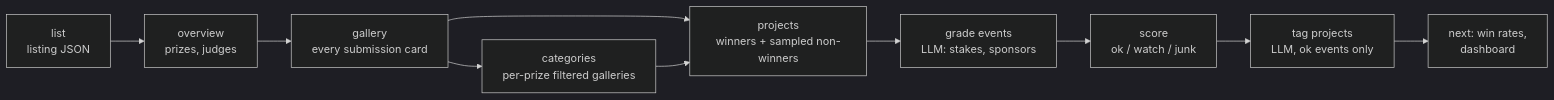
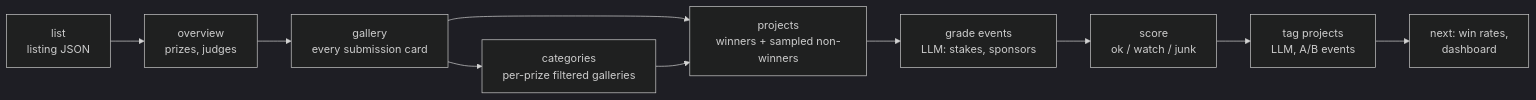
One commit to m-azzam-azis/hackathon-index changed the diagram in README.md. Above: the diagram before and after it, drawn with Mermaid (dark theme). The commit also changed other lines of this file and 4 other files, not shown here.

First line of the commit message:
Tag projects by event grade (default A and B, --grades ABC adds C), not by score tier

````diff
--- a/README.md
+++ b/README.md
@@ -58,12 +58,12 @@
 ```mermaid
 flowchart LR
     L[list<br/>listing JSON] --> O[overview<br/>prizes, judges]
     O --> G[gallery<br/>every submission card]
     G --> C[categories<br/>per-prize filtered galleries]
     G --> P[projects<br/>winners + sampled non-winners]
     C --> P
     P --> E[grade events<br/>LLM: stakes, sponsors]
     E --> S[score<br/>ok / watch / junk]
-    S --> T[tag projects<br/>LLM, ok events only]
+    S --> T[tag projects<br/>LLM, A/B events]
     T --> N[next: win rates,<br/>dashboard]
 ```
````
